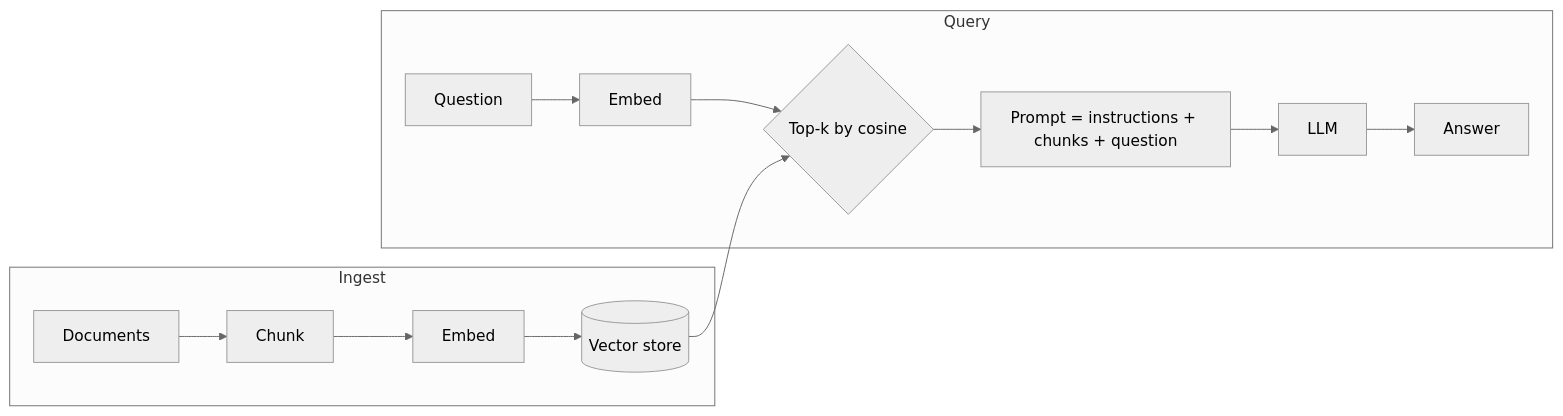
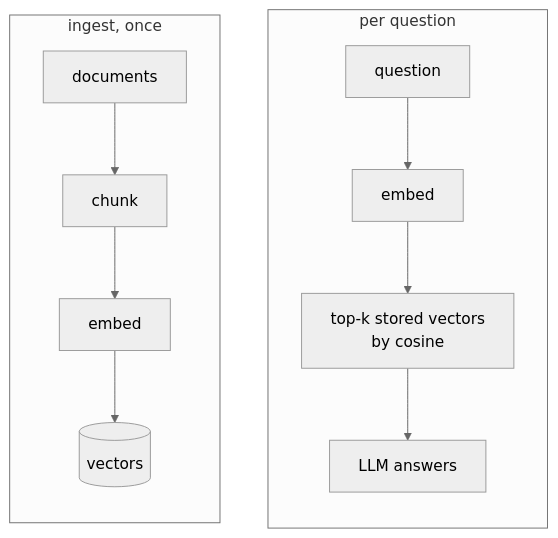
The diagram in notes/variants/baseline/Naive RAG.md (whrui720/GraphRAG_playground), drawn with Mermaid (neutral theme) before and after one commit. The commit also changed other lines of this file and 65 other files, not shown here.

Commit message:
fixed + added more diagrams

````diff
--- a/notes/variants/baseline/Naive RAG.md
+++ b/notes/variants/baseline/Naive RAG.md
@@ -25,10 +25,12 @@
 ```mermaid
 flowchart LR
-  subgraph Ingest
-    D[Documents] --> C[Chunk] --> E[Embed] --> V[(Vector store)]
+  subgraph ingest [ingest, once]
+    direction TB
+    D[documents] --> C[chunk] --> E[embed] --> V[(vectors)]
   end
-  subgraph Query
-    Q[Question] --> QE[Embed] --> S{Top-k by cosine}
-    V --> S --> P[Prompt = instructions + chunks + question] --> L[LLM] --> A[Answer]
+  subgraph query [per question]
+    direction TB
+    Q[question] --> QE[embed] --> K[top-k stored vectors<br/>by cosine] --> L[LLM answers]
   end
+  ingest ~~~ query
 ```
````
